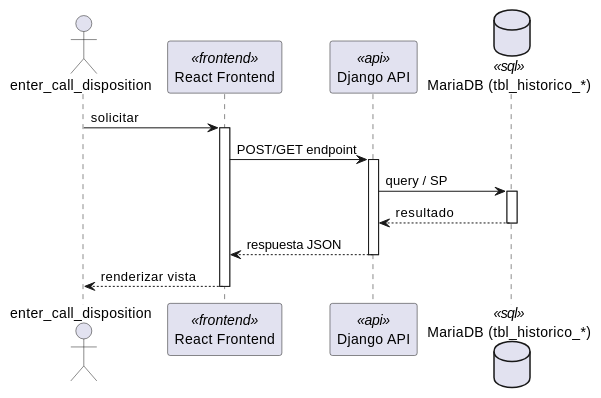
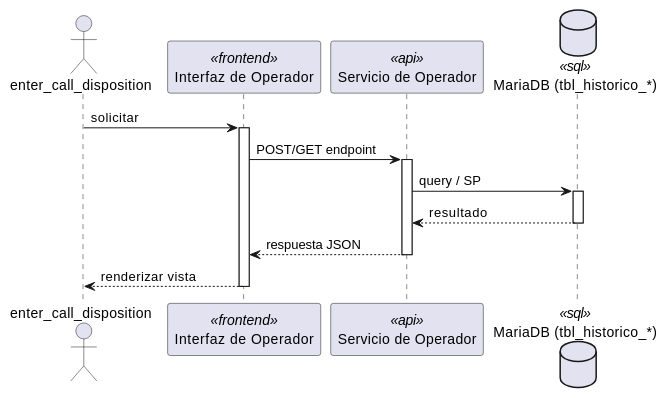
One commit to jcg-admin/IACT-docs changed the first of 2 diagrams in source/arquitectura-tecnica/DesignView/opr-06.rst. Above: the diagram before and after it, drawn with PlantUML. The commit also changed other lines of this file and 243 other files, not shown here.

First line of the commit message:
Add missing diagrams and fix participant names across Kruchten views

```diff
--- a/source/arquitectura-tecnica/DesignView/opr-06.rst
+++ b/source/arquitectura-tecnica/DesignView/opr-06.rst
@@ -22,28 +22,28 @@
 .. uml::
  :caption: UC_OPR_06 — Design View (secuencia)
 
  @startuml
 
  actor "enter_call_disposition" as enter_call_disposition
- participant "React Frontend" as Frontend <<frontend>>
- participant "Django API" as APIServer <<api>>
- database "MariaDB (tbl_historico_*)" as BaseDatos <<sql>>
+ participant "Interfaz de Operador" as Iface <<frontend>>
+ participant "Servicio de Operador" as SvcNode <<api>>
+ database "MariaDB (tbl_historico_*)" as Store <<sql>>
 
- enter_call_disposition -> Frontend : solicitar
- activate Frontend
+ enter_call_disposition -> Iface : solicitar
+ activate Iface
 
- Frontend -> APIServer : POST/GET endpoint
- activate APIServer
+ Iface -> SvcNode : POST/GET endpoint
+ activate SvcNode
 
- APIServer -> BaseDatos : query / SP
- activate BaseDatos
- BaseDatos --> APIServer : resultado
- deactivate BaseDatos
+ SvcNode -> Store : query / SP
+ activate Store
+ Store --> SvcNode : resultado
+ deactivate Store
 
- APIServer --> Frontend : respuesta JSON
- deactivate APIServer
+ SvcNode --> Iface : respuesta JSON
+ deactivate SvcNode
 
- Frontend --> enter_call_disposition : renderizar vista
- deactivate Frontend
+ Iface --> enter_call_disposition : renderizar vista
+ deactivate Iface
 
  @enduml
```
